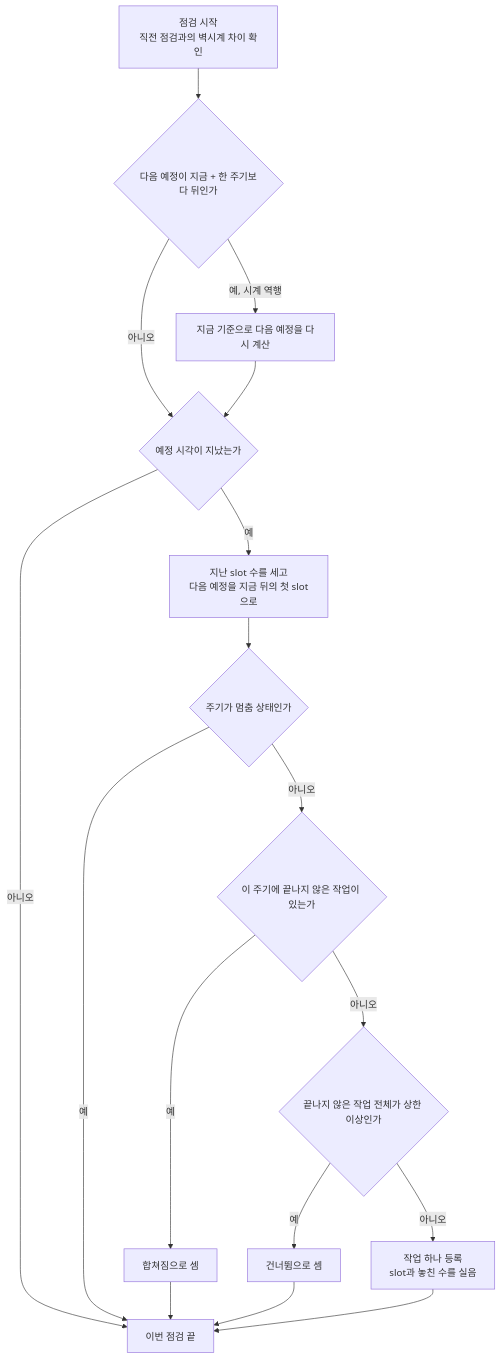
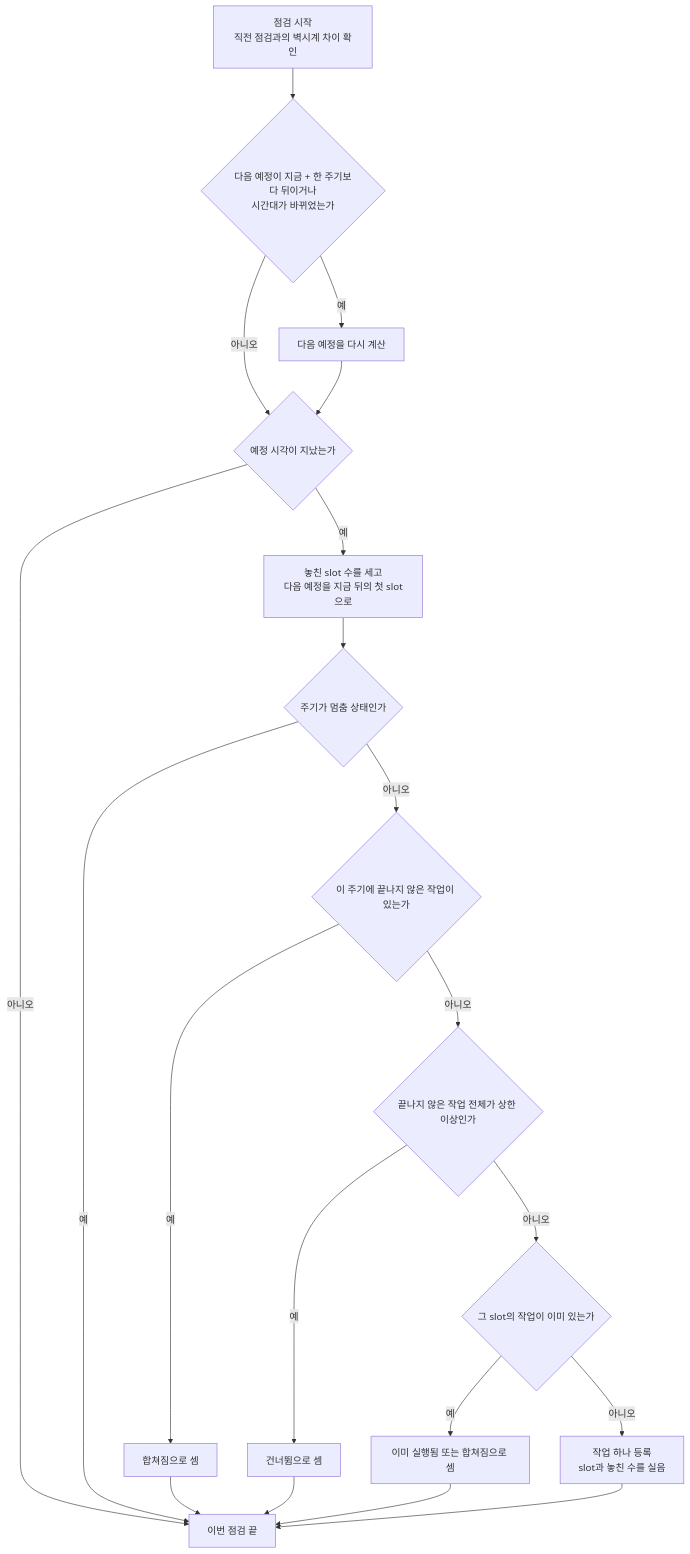
Before and after one commit to nohdol97/PKI: the third of 4 diagrams in docs/specs/2026-11-21-I03-persistent-queue.md, drawn with Mermaid. The commit also changed other lines of this file, not shown here.

````diff
--- a/docs/specs/2026-11-21-I03-persistent-queue.md
+++ b/docs/specs/2026-11-21-I03-persistent-queue.md
@@ -191,19 +239,22 @@
 ```mermaid
 flowchart TD
-  A["점검 시작<br/>직전 점검과의 벽시계 차이 확인"] --> B{"다음 예정이 지금 + 한 주기보다 뒤인가"}
-  B -->|"예, 시계 역행"| C["지금 기준으로 다음 예정을 다시 계산"]
+  A["점검 시작<br/>직전 점검과의 벽시계 차이 확인"] --> B{"다음 예정이 지금 + 한 주기보다 뒤이거나<br/>시간대가 바뀌었는가"}
+  B -->|"예"| C["다음 예정을 다시 계산"]
   B -->|"아니오"| D{"예정 시각이 지났는가"}
   C --> D
   D -->|"아니오"| Z["이번 점검 끝"]
-  D -->|"예"| E["지난 slot 수를 세고<br/>다음 예정을 지금 뒤의 첫 slot으로"]
+  D -->|"예"| E["놓친 slot 수를 세고<br/>다음 예정을 지금 뒤의 첫 slot으로"]
   E --> F{"주기가 멈춤 상태인가"}
   F -->|"예"| Z
   F -->|"아니오"| G{"이 주기에 끝나지 않은 작업이 있는가"}
   G -->|"예"| H["합쳐짐으로 셈"]
   G -->|"아니오"| I{"끝나지 않은 작업 전체가 상한 이상인가"}
   I -->|"예"| J["건너뜀으로 셈"]
-  I -->|"아니오"| K["작업 하나 등록<br/>slot과 놓친 수를 실음"]
+  I -->|"아니오"| K{"그 slot의 작업이 이미 있는가"}
+  K -->|"예"| L["이미 실행됨 또는 합쳐짐으로 셈"]
+  K -->|"아니오"| M["작업 하나 등록<br/>slot과 놓친 수를 실음"]
   H --> Z
   J --> Z
-  K --> Z
+  L --> Z
+  M --> Z
 ```
````
